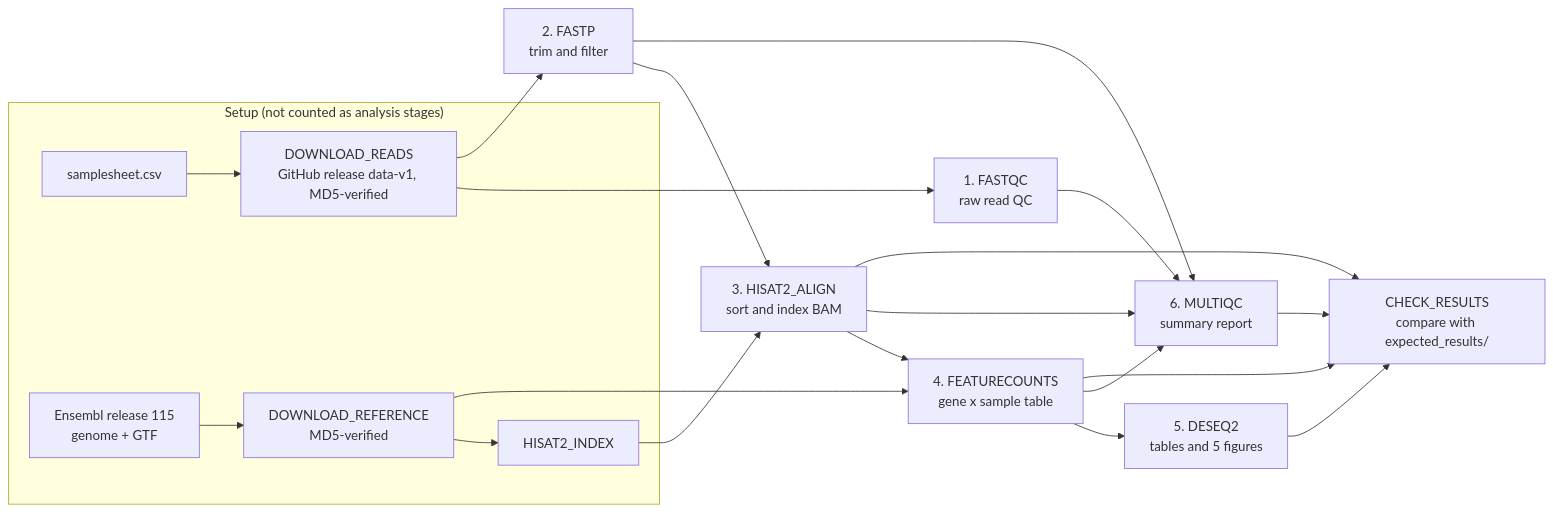
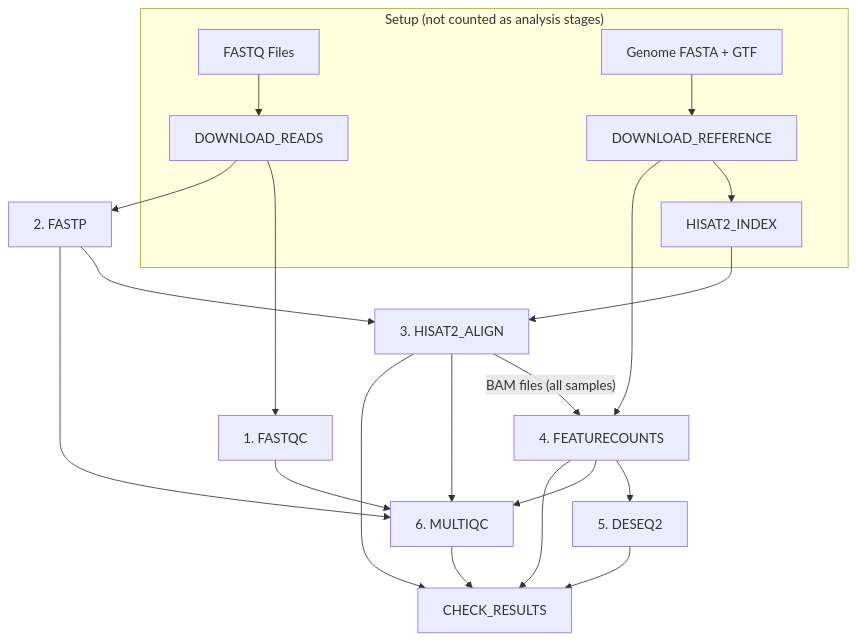
The diagram in README.md (Wendy1907/yeast-snf2-rnaseq), drawn with Mermaid before and after one commit. The commit also changed other lines of this file, not shown here.

Commit message:
Revise pipeline stages and DAG in README
Updated the pipeline stages and DAG section in README.md to reflect changes in the workflow diagram and descriptions.

````diff
--- a/README.md
+++ b/README.md
@@ -80,23 +81,23 @@
 ```mermaid
-flowchart LR
+flowchart TD
     subgraph SETUP["Setup (not counted as analysis stages)"]
-        SS["samplesheet.csv"] --> DR["DOWNLOAD_READS<br/>GitHub release data-v1, MD5-verified"]
-        REF["Ensembl release 115<br/>genome + GTF"] --> DREF["DOWNLOAD_REFERENCE<br/>MD5-verified"]
+        SS["FASTQ Files"] --> DR["DOWNLOAD_READS"]
+        REF["Genome FASTA + GTF"] --> DREF["DOWNLOAD_REFERENCE"]
         DREF --> IDX["HISAT2_INDEX"]
     end
-    DR --> FQ["1. FASTQC<br/>raw read QC"]
-    DR --> FP["2. FASTP<br/>trim and filter"]
-    FP --> AL["3. HISAT2_ALIGN<br/>sort and index BAM"]
+    DR --> FQ["1. FASTQC"]
+    DR -->FP["2. FASTP"]
+    FP -->AL["3. HISAT2_ALIGN"]
     IDX --> AL
-    AL --> FC["4. FEATURECOUNTS<br/>gene x sample table"]
+    AL -->|"BAM files (all samples)"| FC["4. FEATURECOUNTS"]
     DREF --> FC
-    FC --> DE["5. DESEQ2<br/>tables and 5 figures"]
-    FQ --> MQ["6. MULTIQC<br/>summary report"]
+    FC --> DE["5. DESEQ2"]
+    FQ --> MQ["6. MULTIQC"]
     FP --> MQ
     AL --> MQ
-    FC --> MQ
-    DE --> CK["CHECK_RESULTS<br/>compare with expected_results/"]
+    FC -->  MQ
+    DE --> CK["CHECK_RESULTS"]
     FC --> CK
     AL --> CK
     MQ --> CK
 ```
````
